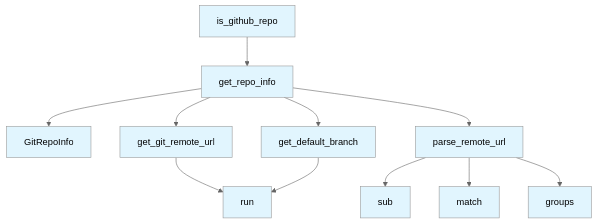
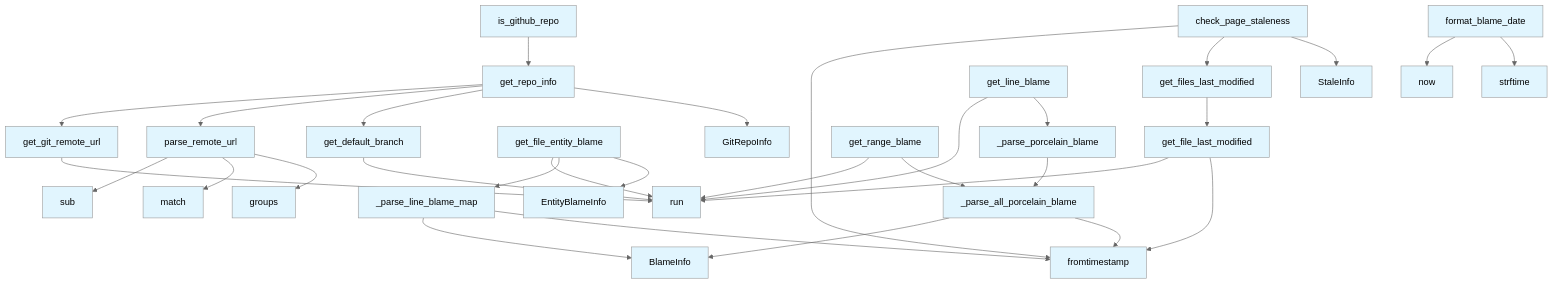
The second of 2 diagrams in .deepwiki/files/src/local_deepwiki/core/git_utils.md (UrbanDiver/local-deepwiki-mcp), drawn with Mermaid (neutral theme) before and after one commit. The commit also changed other lines of this file and 55 other files, not shown here.

````diff
--- a/.deepwiki/files/src/local_deepwiki/core/git_utils.md
+++ b/.deepwiki/files/src/local_deepwiki/core/git_utils.md
@@ -459,25 +978,61 @@
 ```mermaid
 flowchart TD
-    N0[GitRepoInfo]
-    N1[get_default_branch]
-    N2[get_git_remote_url]
-    N3[get_repo_info]
-    N4[groups]
-    N5[is_github_repo]
-    N6[match]
-    N7[parse_remote_url]
-    N8[run]
-    N9[sub]
-    N2 --> N8
+    N0[BlameInfo]
+    N1[EntityBlameInfo]
+    N2[GitRepoInfo]
+    N3[StaleInfo]
+    N4[_parse_all_porcelain_blame]
+    N5[_parse_line_blame_map]
+    N6[_parse_porcelain_blame]
+    N7[check_page_staleness]
+    N8[format_blame_date]
+    N9[fromtimestamp]
+    N10[get_default_branch]
+    N11[get_file_entity_blame]
+    N12[get_file_last_modified]
+    N13[get_files_last_modified]
+    N14[get_git_remote_url]
+    N15[get_line_blame]
+    N16[get_range_blame]
+    N17[get_repo_info]
+    N18[groups]
+    N19[is_github_repo]
+    N20[match]
+    N21[now]
+    N22[parse_remote_url]
+    N23[run]
+    N24[strftime]
+    N25[sub]
+    N14 --> N23
+    N22 --> N25
+    N22 --> N20
+    N22 --> N18
+    N10 --> N23
+    N17 --> N14
+    N17 --> N22
+    N17 --> N10
+    N17 --> N2
+    N19 --> N17
+    N15 --> N23
+    N15 --> N6
+    N16 --> N23
+    N16 --> N4
+    N6 --> N4
+    N4 --> N0
+    N4 --> N9
+    N11 --> N23
+    N11 --> N5
+    N11 --> N1
+    N5 --> N0
+    N5 --> N9
+    N8 --> N21
+    N8 --> N24
+    N12 --> N23
+    N12 --> N9
+    N13 --> N12
     N7 --> N9
-    N7 --> N6
-    N7 --> N4
-    N1 --> N8
-    N3 --> N2
-    N3 --> N7
-    N3 --> N1
-    N3 --> N0
-    N5 --> N3
+    N7 --> N13
+    N7 --> N3
     classDef func fill:#e1f5fe
-    class N0,N1,N2,N3,N4,N5,N6,N7,N8,N9 func
+    class N0,N1,N2,N3,N4,N5,N6,N7,N8,N9,N10,N11,N12,N13,N14,N15,N16,N17,N18,N19,N20,N21,N22,N23,N24,N25 func
 ```
````
